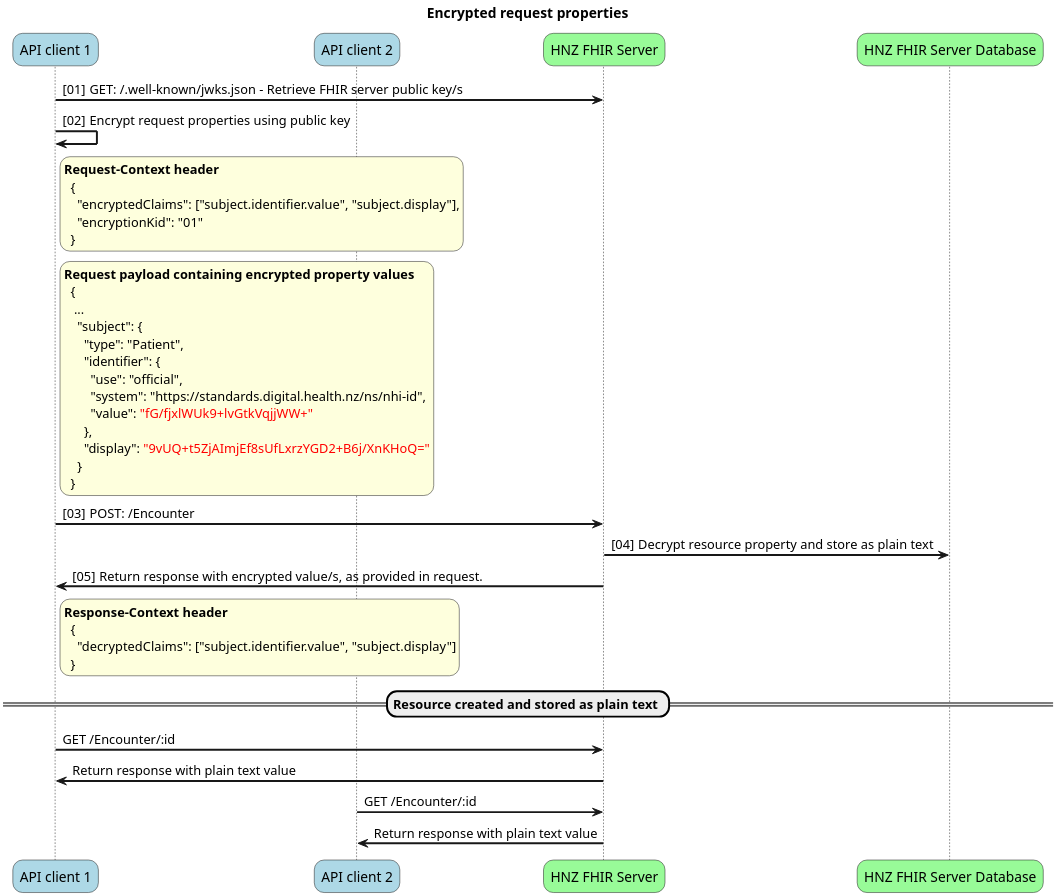
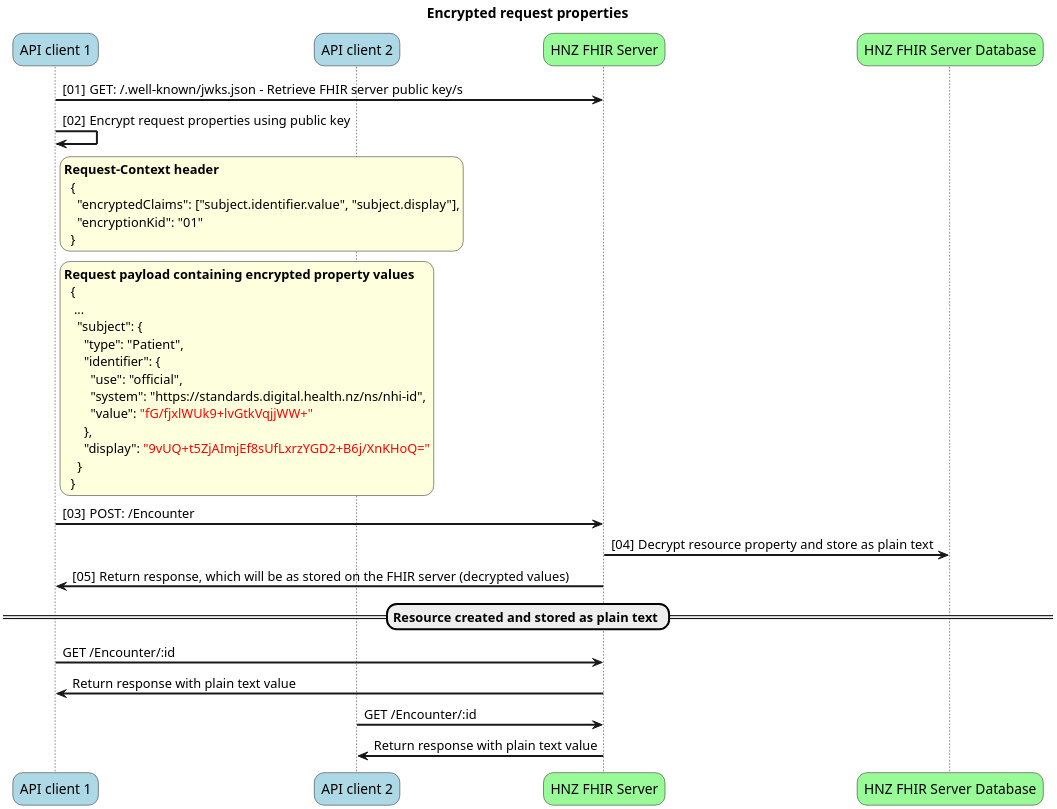
One commit to tewhatuora/cinc-fhir-ig changed the diagram in input/images-source/encrypted-request-sequence.puml. Above: the diagram before and after it, drawn with PlantUML. The commit also changed 2 other files, not shown here.

```diff
--- a/input/images-source/encrypted-request-sequence.puml
+++ b/input/images-source/encrypted-request-sequence.puml
@@ -1,73 +1,67 @@
 @startuml Encrypted request properties
 
 title "Encrypted request properties"
 
 autonumber "[00]"
 skinparam BoxPadding 10
 skinparam sequenceStyle uml2
 
 skinparam ParticipantPadding 5
 skinparam roundcorner 20
 skinparam sequenceArrowThickness 2
 
 skinparam SequenceGroupBodyBackgroundColor #FFFFFF90
 skinparam responseMessageBelowArrow true
 
 
 skinparam dpi 300
 scale max 1024*1800
 
 participant "API client 1" as client1 #LightBlue
 participant "API client 2" as client2 #LightBlue
 participant "HNZ FHIR Server" as server #PaleGreen
 participant "HNZ FHIR Server Database" as db #PaleGreen
 
 client1 -> server: GET: /.well-known/jwks.json - Retrieve FHIR server public key/s
 client1 -> client1: Encrypt request properties using public key
 
 rnote right client1
 **Request-Context header**
   {
     "encryptedClaims": ["subject.identifier.value", "subject.display"],
     "encryptionKid": "01"
   }
 end note
 
 rnote right client1
 **Request payload containing encrypted property values**
   {
    ...
     "subject": {
       "type": "Patient",
       "identifier": {
         "use": "official",
         "system": "https://standards.digital.health.nz/ns/nhi-id",
         "value": <font color="red">"fG/fjxlWUk9+lvGtkVqjjWW+"</font>
       },
       "display": <font color="red">"9vUQ+t5ZjAImjEf8sUfLxrzYGD2+B6j/XnKHoQ="</font>
     }
   }
 end note
 
 client1 -> server: POST: /Encounter
 server -> db: Decrypt resource property and store as plain text
-server -> client1: Return response with encrypted value/s, as provided in request.
-rnote right client1
-**Response-Context header**
-  {
-    "decryptedClaims": ["subject.identifier.value", "subject.display"]
-  }
-end note
+server -> client1: Return response, which will be as stored on the FHIR server (decrypted values)
 
 autonumber stop
 
 == Resource created and stored as plain text ==
 
 
 client1 -> server: GET /Encounter/:id
 server -> client1: Return response with plain text value
 
 client2 -> server: GET /Encounter/:id
 server -> client2: Return response with plain text value
 
 @enduml
```
